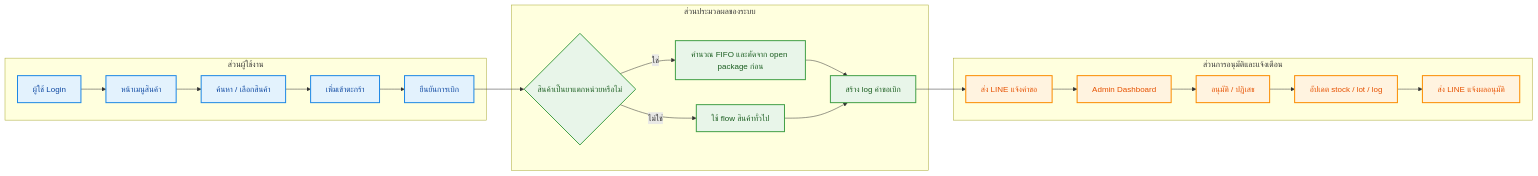
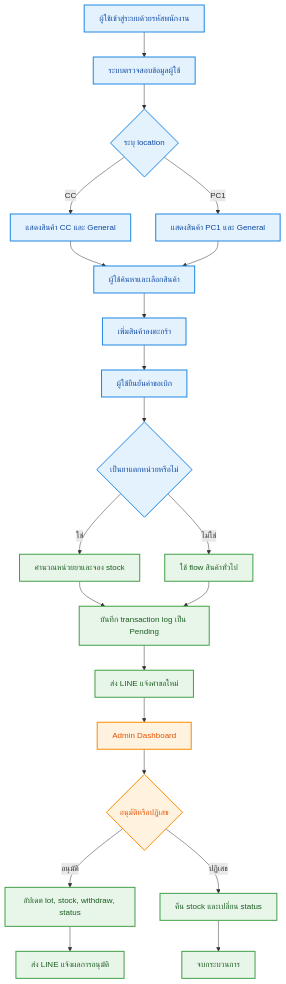
One commit to SATTARNEDS/Stock_PCM changed the first of 5 diagrams in my_factory_app/FLOW_DIAGRAM.md. Above: the diagram before and after it, drawn with Mermaid. The commit also changed other lines of this file and 4 other files, not shown here.

````diff
--- a/my_factory_app/FLOW_DIAGRAM.md
+++ b/my_factory_app/FLOW_DIAGRAM.md
@@ -23,38 +36,31 @@
 ```mermaid
-flowchart LR
-    subgraph U[ส่วนผู้ใช้งาน]
-        A[ผู้ใช้ Login]
-        B[หน้าเมนูสินค้า]
-        C[ค้นหา / เลือกสินค้า]
-        D[เพิ่มเข้าตะกร้า]
-        E[ยืนยันการเบิก]
-        A --> B --> C --> D --> E
-    end
-
-    subgraph S[ส่วนประมวลผลของระบบ]
-        F{สินค้าเป็นยาแตกหน่วยหรือไม่}
-        G[คำนวณ FIFO และตัดจาก open package ก่อน]
-        H[ใช้ flow สินค้าทั่วไป]
-        I[สร้าง log คำขอเบิก]
-        E --> F
-        F -- ใช่ --> G --> I
-        F -- ไม่ใช่ --> H --> I
-    end
-
-    subgraph A1[ส่วนการอนุมัติและแจ้งเตือน]
-        J[ส่ง LINE แจ้งคำขอ]
-        K[Admin Dashboard]
-        L[อนุมัติ / ปฏิเสธ]
-        M[อัปเดต stock / lot / log]
-        N[ส่ง LINE แจ้งผลอนุมัติ]
-        I --> J --> K --> L --> M --> N
-    end
+flowchart TD
+    A[ผู้ใช้เข้าสู่ระบบด้วยรหัสพนักงาน] --> B[ระบบตรวจสอบข้อมูลผู้ใช้]
+    B --> C{ระบุ location}
+    C -->|CC| D[แสดงสินค้า CC และ General]
+    C -->|PC1| E[แสดงสินค้า PC1 และ General]
+    D --> F[ผู้ใช้ค้นหาและเลือกสินค้า]
+    E --> F
+    F --> G[เพิ่มสินค้าลงตะกร้า]
+    G --> H[ผู้ใช้ยืนยันคำขอเบิก]
+    H --> I{เป็นยาแตกหน่วยหรือไม่}
+    I -->|ใช่| J[คำนวณหน่วยยาและจอง stock]
+    I -->|ไม่ใช่| K[ใช้ flow สินค้าทั่วไป]
+    J --> L[บันทึก transaction log เป็น Pending]
+    K --> L
+    L --> M[ส่ง LINE แจ้งคำขอใหม่]
+    M --> N[Admin Dashboard]
+    N --> O{อนุมัติหรือปฏิเสธ}
+    O -->|อนุมัติ| P[อัปเดต lot, stock, withdraw, status]
+    O -->|ปฏิเสธ| Q[คืน stock และเปลี่ยน status]
+    P --> R[ส่ง LINE แจ้งผลการอนุมัติ]
+    Q --> S[จบกระบวนการ]
 
     classDef user fill:#E3F2FD,stroke:#1E88E5,color:#0D47A1,stroke-width:2px;
-    classDef system fill:#E8F5E9,stroke:#43A047,color:#1B5E20,stroke-width:2px;
+    classDef process fill:#E8F5E9,stroke:#43A047,color:#1B5E20,stroke-width:2px;
     classDef admin fill:#FFF3E0,stroke:#FB8C00,color:#E65100,stroke-width:2px;
 
-    class A,B,C,D,E user;
-    class F,G,H,I system;
-    class J,K,L,M,N admin;
+    class A,B,C,D,E,F,G,H,I user;
+    class J,K,L,M,P,Q,R,S process;
+    class N,O admin;
 ```
````
